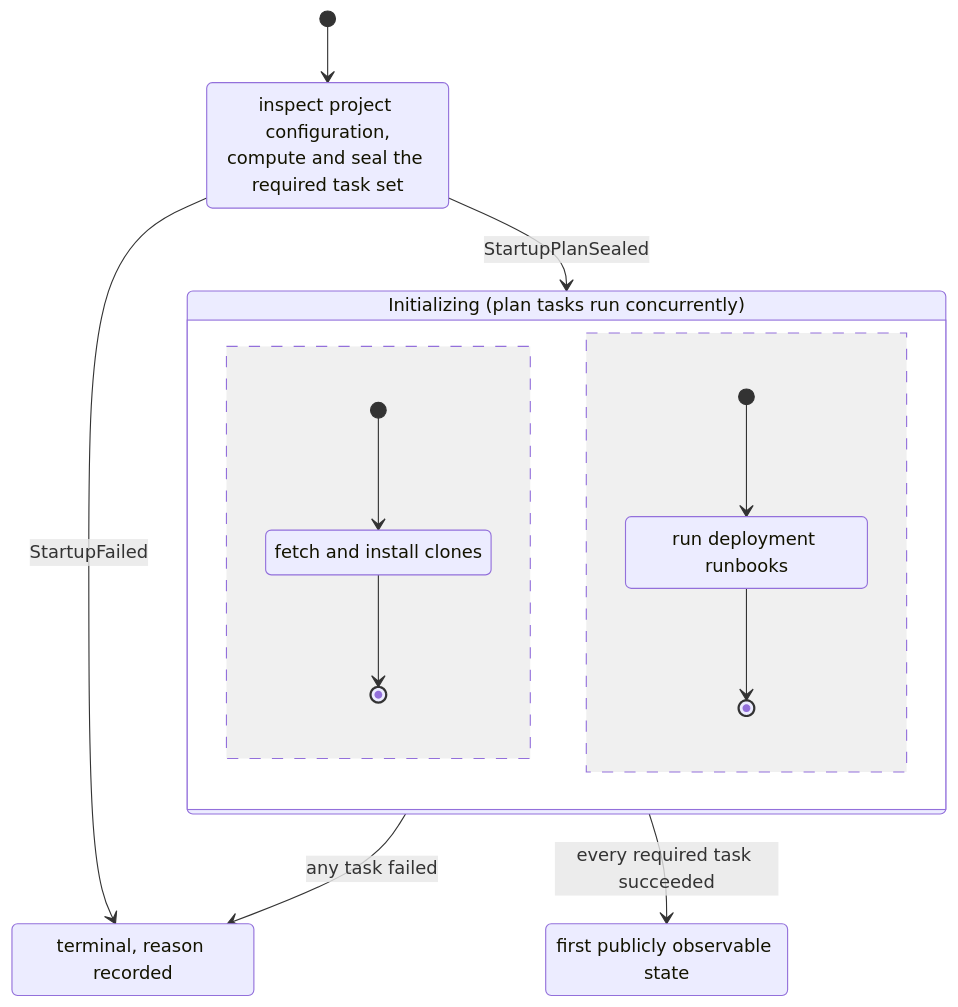
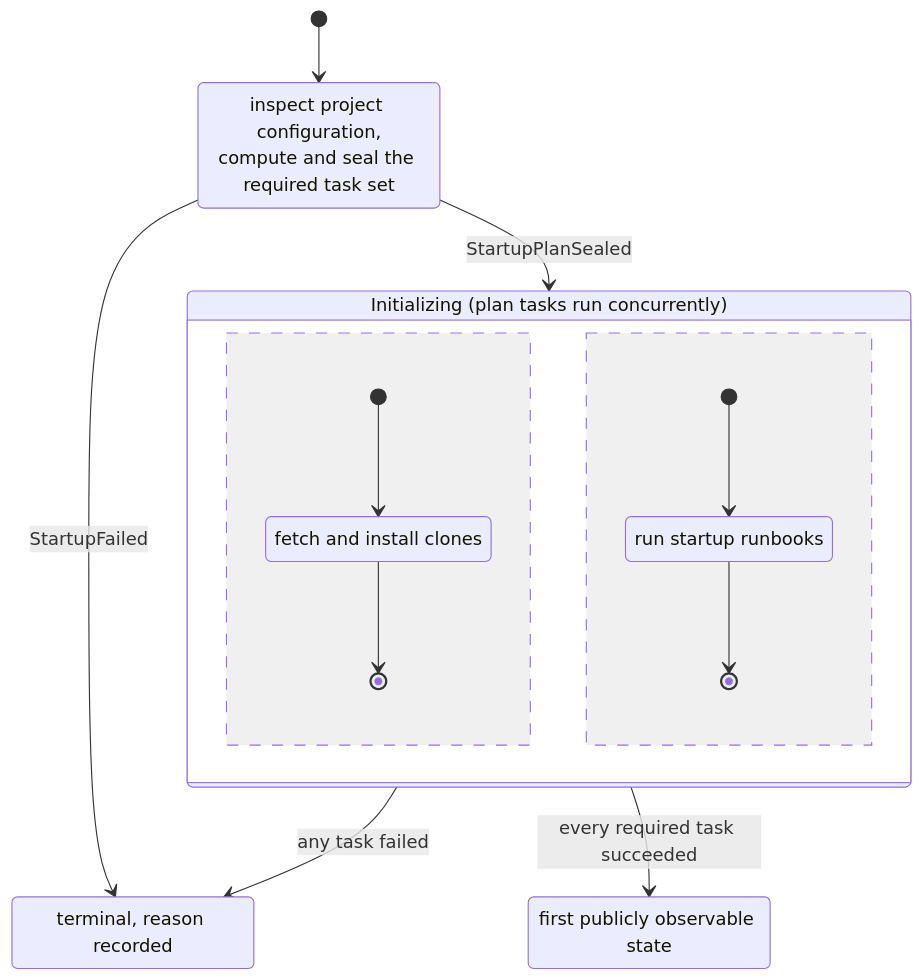
The diagram in crates/types/src/startup-lifecycle.md (solana-foundation/surfpool), drawn with Mermaid before and after one commit. The commit also changed other lines of this file and 12 other files, not shown here.

First line of the commit message:
refactor(types/cli/core): name the startup work runbooks, not deployments

````diff
--- a/crates/types/src/startup-lifecycle.md
+++ b/crates/types/src/startup-lifecycle.md
@@ -16,23 +16,23 @@
 ```mermaid
 stateDiagram-v2
     [*] --> Planning
     Planning : inspect project configuration,<br/>compute and seal the required task set
     Planning --> Initializing : StartupPlanSealed
     Planning --> Failed : StartupFailed
 
     state "Initializing (plan tasks run concurrently)" as Initializing {
         [*] --> Hydrating
         Hydrating : fetch and install clones
         Hydrating --> [*]
         --
-        [*] --> Deploying
-        Deploying : run deployment runbooks
-        Deploying --> [*]
+        [*] --> ExecutingRunbooks
+        ExecutingRunbooks : run startup runbooks
+        ExecutingRunbooks --> [*]
     }
 
     Initializing --> Ready : every required task succeeded
     Initializing --> Failed : any task failed
 
     Ready : first publicly observable state
     Failed : terminal, reason recorded
 ```
````
